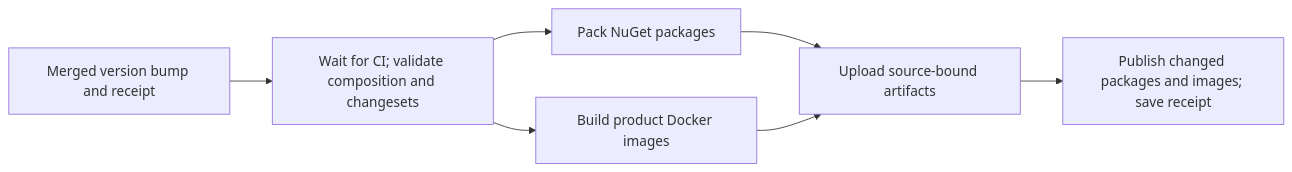
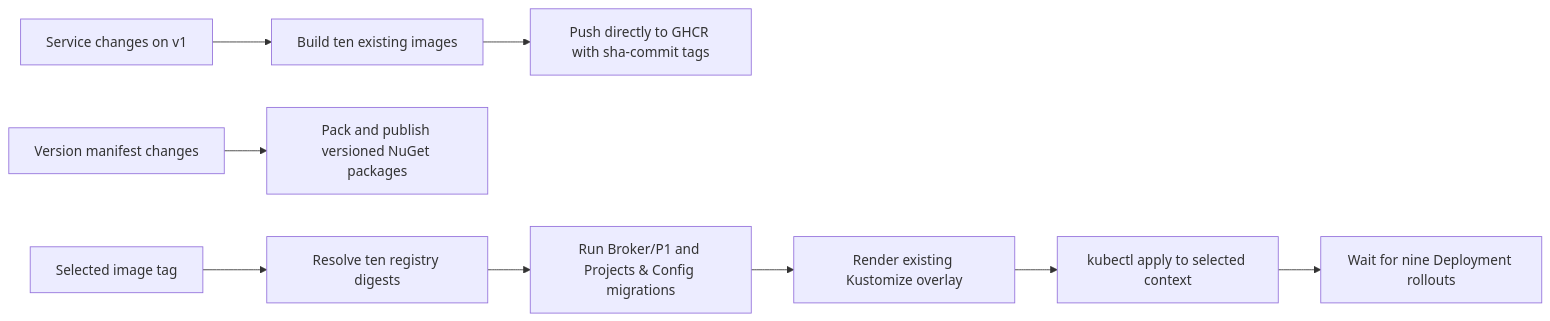
Before and after one commit to sabbour/agentweaver: the diagram in releases/v1-release-pipeline.mmd, drawn with Mermaid. The commit also changed 134 other files, not shown here.

```diff
--- a/releases/v1-release-pipeline.mmd
+++ b/releases/v1-release-pipeline.mmd
@@ -1,7 +1,9 @@
 flowchart LR
-  Bump["Merged version bump and receipt"] --> Validate["Wait for CI; validate composition and changesets"]
-  Validate --> Packages["Pack NuGet packages"]
-  Validate --> Images["Build product Docker images"]
-  Packages --> Artifacts["Upload source-bound artifacts"]
-  Images --> Artifacts
-  Artifacts --> Publish["Publish changed packages and images; save receipt"]
+  Service["Service changes on v1"] --> Build["Build ten existing images"]
+  Build --> Push["Push directly to GHCR with sha-commit tags"]
+  Version["Version manifest changes"] --> Packages["Pack and publish versioned NuGet packages"]
+  Tag["Selected image tag"] --> Resolve["Resolve ten registry digests"]
+  Resolve --> Migrate["Run Broker/P1 and Projects & Config migrations"]
+  Migrate --> Render["Render existing Kustomize overlay"]
+  Render --> Apply["kubectl apply to selected context"]
+  Apply --> Rollout["Wait for nine Deployment rollouts"]
```
